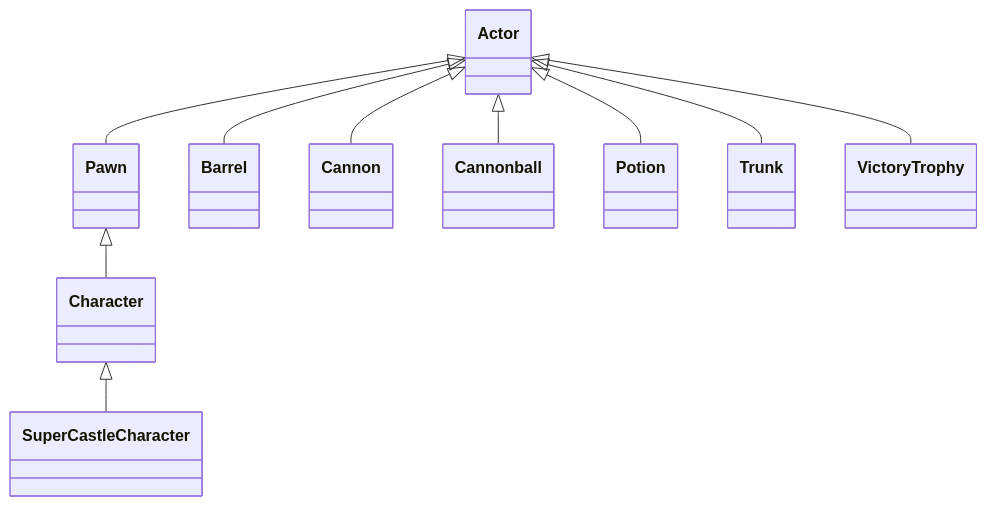
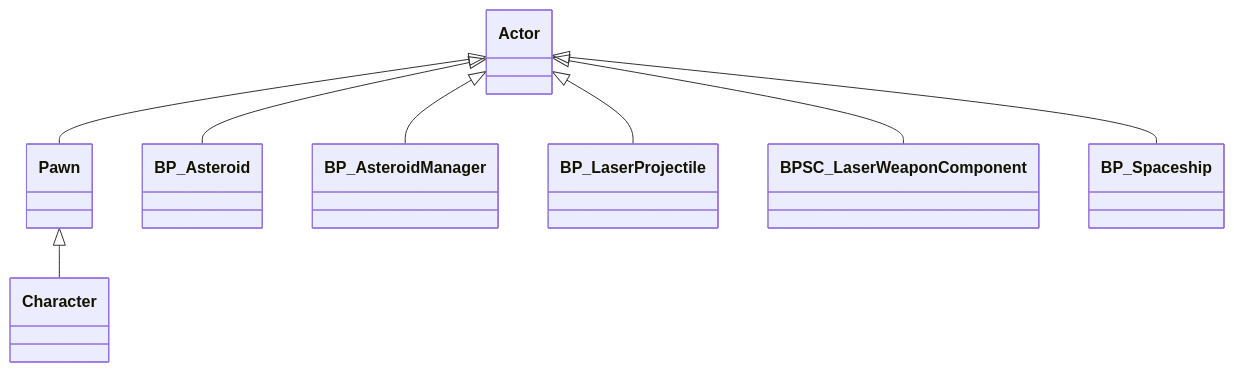
One commit to narratech/space-base changed the second of 2 diagrams in README.md. Above: the diagram before and after it, drawn with Mermaid. The commit also changed other lines of this file, not shown here.

````diff
--- a/README.md
+++ b/README.md
@@ -182,13 +59,11 @@
 ```mermaid
 classDiagram
       Actor <|-- Pawn
       Pawn <|-- Character
-      Character <|-- SuperCastleCharacter
-      
-      Actor <|-- Barrel
-      Actor <|-- Cannon 
-      Actor <|-- Cannonball
-      Actor <|-- Potion
-      Actor <|-- Trunk
-      Actor <|-- VictoryTrophy
+    
+      Actor <|-- BP_Asteroid
+      Actor <|-- BP_AsteroidManager
+      Actor <|-- BP_LaserProjectile
+      Actor <|-- BPSC_LaserWeaponComponent
+      Actor <|-- BP_Spaceship
 ```
````
